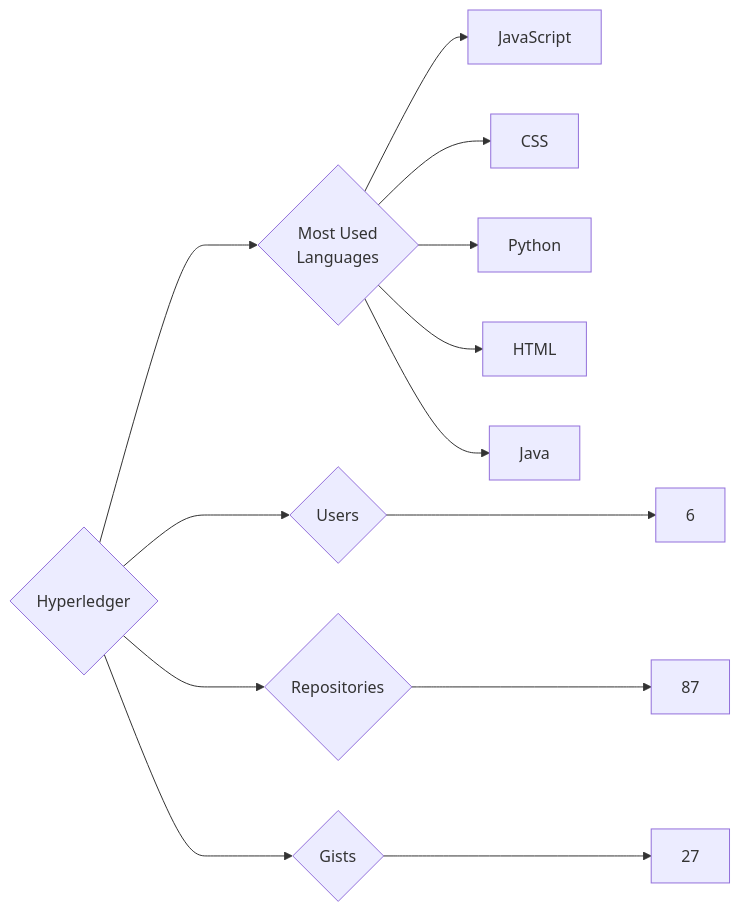
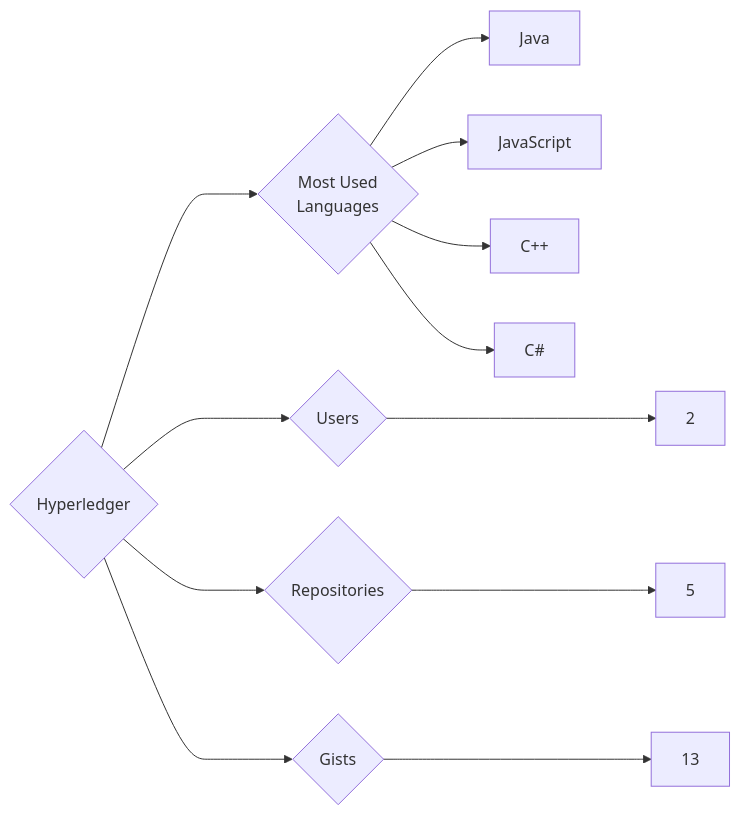
Before and after one commit to trickest/insiders: the diagram in targets/Hyperledger/README.md, drawn with Mermaid. The commit also changed 1148 other files, not shown here.

````diff
--- a/targets/Hyperledger/README.md
+++ b/targets/Hyperledger/README.md
@@ -3,13 +3,12 @@
 ```mermaid
 graph LR
 COMPANY_NAME{Hyperledger}
-COMPANY_NAME ---> U{Users} ---> UN[6]
-COMPANY_NAME ---> R{Repositories} ---> RN[87]
-COMPANY_NAME ---> G{Gists} ---> GN[27]
+COMPANY_NAME ---> U{Users} ---> UN[2]
+COMPANY_NAME ---> R{Repositories} ---> RN[5]
+COMPANY_NAME ---> G{Gists} ---> GN[13]
 COMPANY_NAME ---> ML{Most Used<br>Languages}
+ML --> Java[Java]
 ML --> JavaScript[JavaScript]
-ML --> CSS[CSS]
-ML --> Python[Python]
-ML --> HTML[HTML]
-ML --> Java[Java]
+ML --> C++[C++]
+ML --> C#[C#]
 ```
````
